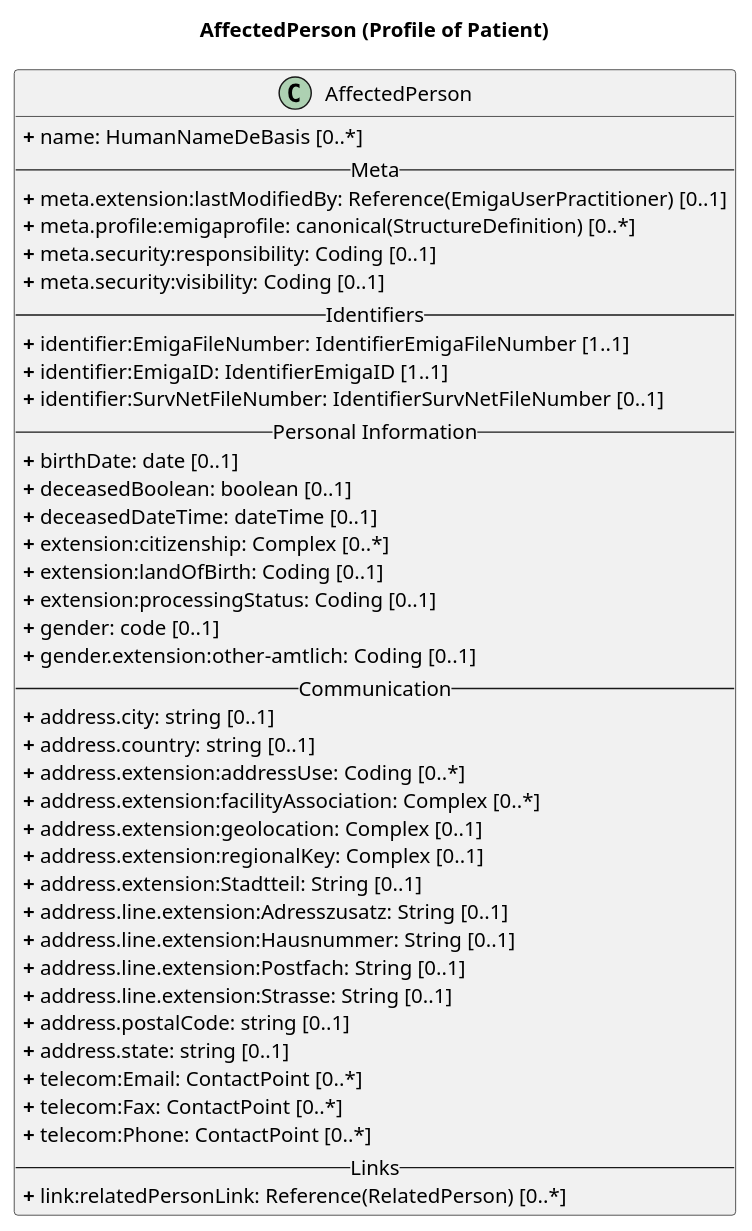
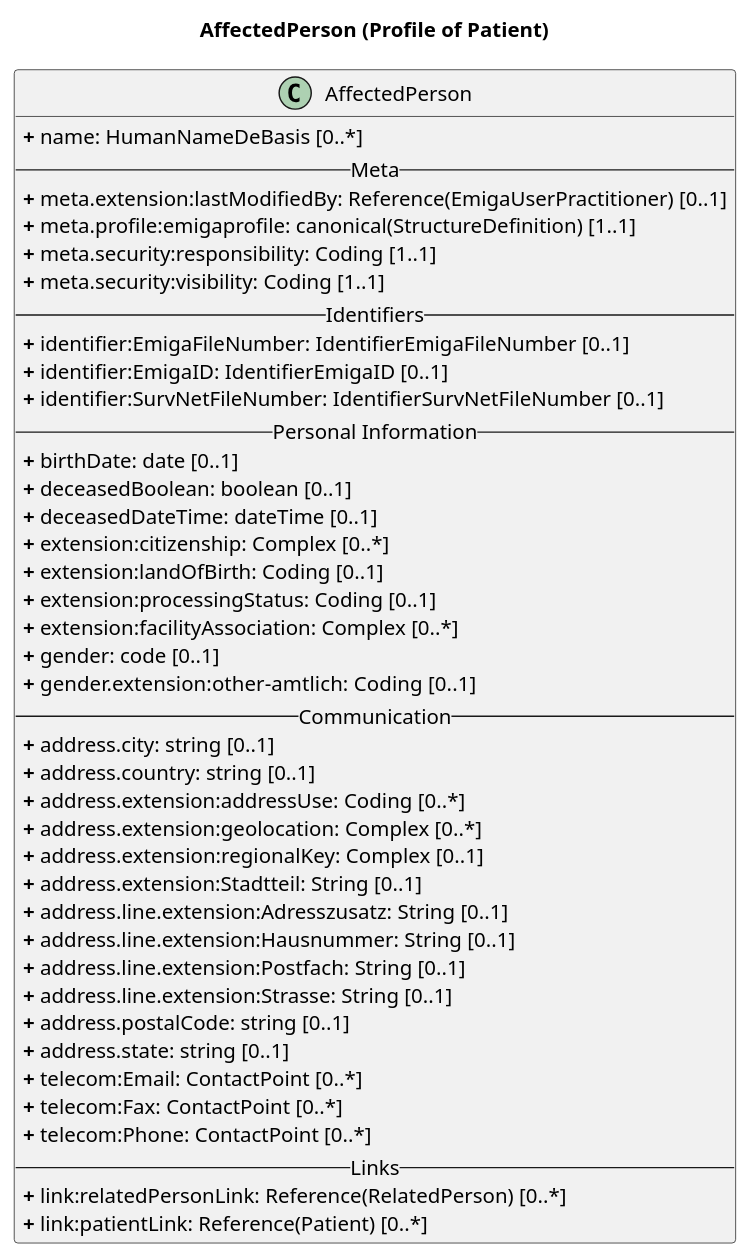
Before and after one commit to robert-koch-institut/rki.emiga.common: the diagram in rki.emiga.common/guides/implementationguides.common/PlantUML/AffectedPerson.puml, drawn with PlantUML. The commit also changed 23 other files, not shown here.

```diff
--- a/rki.emiga.common/guides/implementationguides.common/PlantUML/AffectedPerson.puml
+++ b/rki.emiga.common/guides/implementationguides.common/PlantUML/AffectedPerson.puml
@@ -1,48 +1,49 @@
 @startuml
 skinparam linetype ortho
 
 title AffectedPerson (Profile of Patient) 
 
 ' Main Class
 class AffectedPerson{
 <b>+</b> name: HumanNameDeBasis [0..*]
 -- Meta --
 <b>+</b> meta.extension:lastModifiedBy: Reference(EmigaUserPractitioner) [0..1]
-<b>+</b> meta.profile:emigaprofile: canonical(StructureDefinition) [0..*]
-<b>+</b> meta.security:responsibility: Coding [0..1]
-<b>+</b> meta.security:visibility: Coding [0..1]
+<b>+</b> meta.profile:emigaprofile: canonical(StructureDefinition) [1..1]
+<b>+</b> meta.security:responsibility: Coding [1..1]
+<b>+</b> meta.security:visibility: Coding [1..1]
 -- Identifiers --
-<b>+</b> identifier:EmigaFileNumber: IdentifierEmigaFileNumber [1..1]
-<b>+</b> identifier:EmigaID: IdentifierEmigaID [1..1]
+<b>+</b> identifier:EmigaFileNumber: IdentifierEmigaFileNumber [0..1]
+<b>+</b> identifier:EmigaID: IdentifierEmigaID [0..1]
 <b>+</b> identifier:SurvNetFileNumber: IdentifierSurvNetFileNumber [0..1]
 -- Personal Information --
 <b>+</b> birthDate: date [0..1]
 <b>+</b> deceasedBoolean: boolean [0..1]
 <b>+</b> deceasedDateTime: dateTime [0..1]
 <b>+</b> extension:citizenship: Complex [0..*]
 <b>+</b> extension:landOfBirth: Coding [0..1]
 <b>+</b> extension:processingStatus: Coding [0..1]
+<b>+</b> extension:facilityAssociation: Complex [0..*]
 <b>+</b> gender: code [0..1]
 <b>+</b> gender.extension:other-amtlich: Coding [0..1]
 -- Communication --
 <b>+</b> address.city: string [0..1]
 <b>+</b> address.country: string [0..1]
 <b>+</b> address.extension:addressUse: Coding [0..*]
-<b>+</b> address.extension:facilityAssociation: Complex [0..*]
-<b>+</b> address.extension:geolocation: Complex [0..1]
+<b>+</b> address.extension:geolocation: Complex [0..*]
 <b>+</b> address.extension:regionalKey: Complex [0..1]
 <b>+</b> address.extension:Stadtteil: String [0..1]
 <b>+</b> address.line.extension:Adresszusatz: String [0..1]
 <b>+</b> address.line.extension:Hausnummer: String [0..1]
 <b>+</b> address.line.extension:Postfach: String [0..1]
 <b>+</b> address.line.extension:Strasse: String [0..1]
 <b>+</b> address.postalCode: string [0..1]
 <b>+</b> address.state: string [0..1]
 <b>+</b> telecom:Email: ContactPoint [0..*]
 <b>+</b> telecom:Fax: ContactPoint [0..*]
 <b>+</b> telecom:Phone: ContactPoint [0..*]
 -- Links --
 <b>+</b> link:relatedPersonLink: Reference(RelatedPerson) [0..*]
+<b>+</b> link:patientLink: Reference(Patient) [0..*]
 }
 
 @enduml
```
